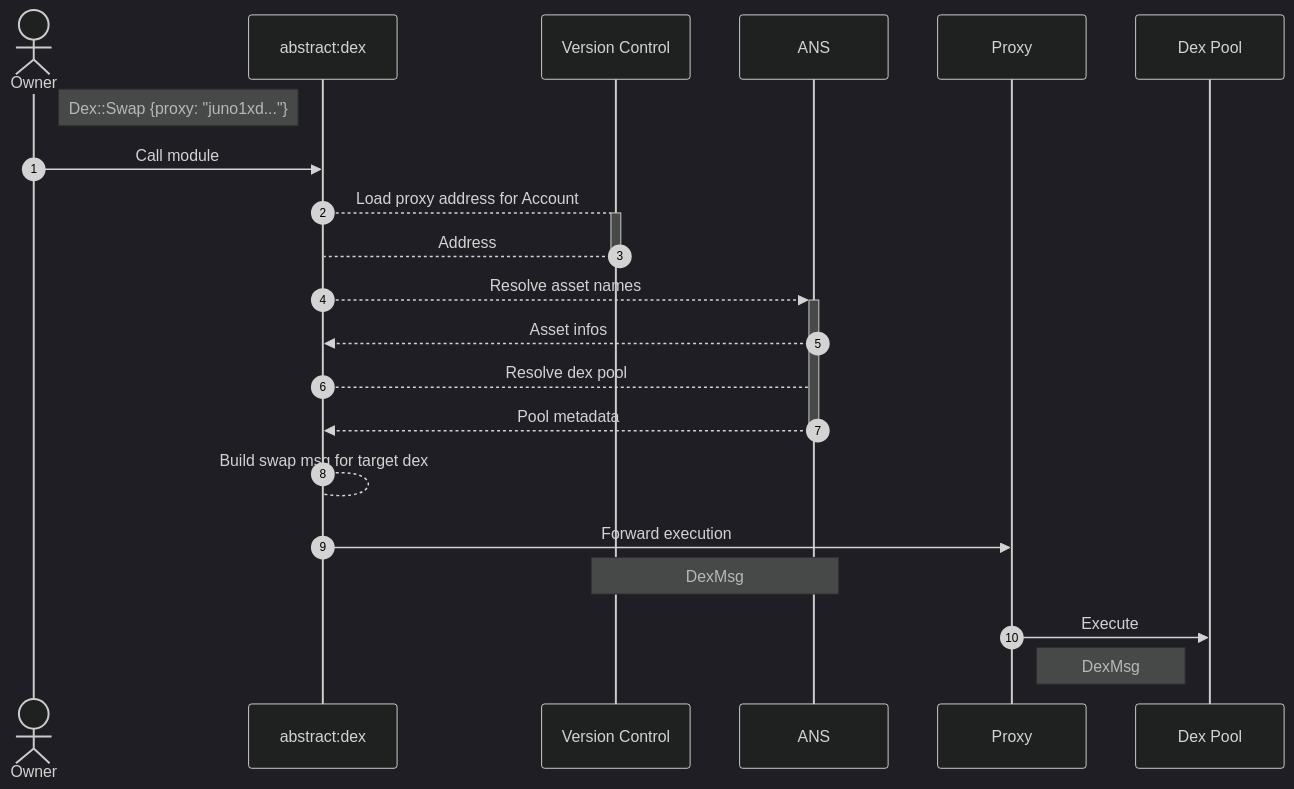
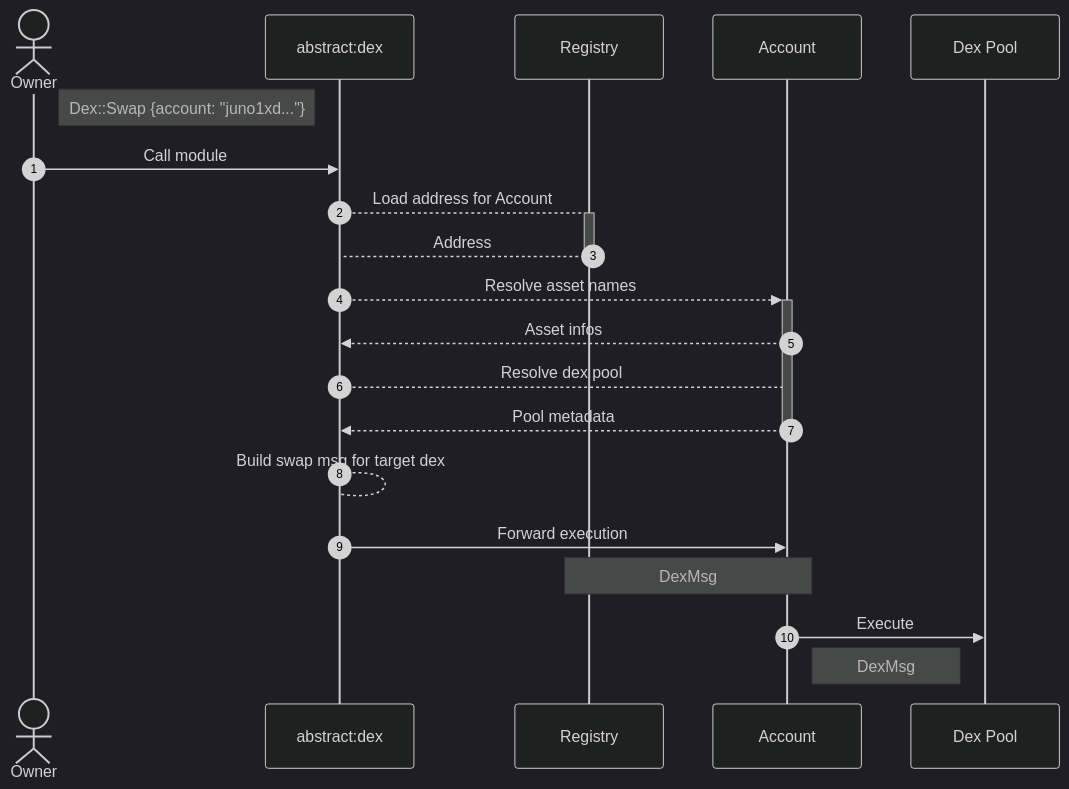
The fourth of 5 diagrams in framework/docs/src/5_platform/8_modules.md (AbstractSDK/abstract), drawn with Mermaid (dark theme) before and after one commit. The commit also changed other lines of this file and 137 other files, not shown here.

````diff
--- a/framework/docs/src/5_platform/8_modules.md
+++ b/framework/docs/src/5_platform/8_modules.md
@@ -127,23 +123,23 @@
 ```mermaid
 sequenceDiagram
     autonumber
     actor U as Owner
     participant D as abstract:dex
-    participant VC as Version Control
+    participant REG as Registry
     participant A as ANS
-    participant P as Proxy
+    participant A as Account
     participant T as Dex Pool
-    Note right of U: Dex::Swap {proxy: "juno1xd..."}
+    Note right of U: Dex::Swap {account: "juno1xd..."}
     U ->> D: Call module
-    D -->+ VC: Load proxy address for Account
-    VC -->- D: Address
+    D -->+ REG: Load address for Account
+    REG -->- D: Address
     D -->>+ A: Resolve asset names
     A -->> D: Asset infos
     D --> A: Resolve dex pool
     A -->>- D: Pool metadata
     D --> D: Build swap msg for target dex
-    D ->> P: Forward execution
-    Note over VC, A: DexMsg
-    P ->> T: Execute
-    Note right of P: DexMsg
+    D ->> A: Forward execution
+    Note over REG, A: DexMsg
+    A ->> T: Execute
+    Note right of A: DexMsg
 ```
````
